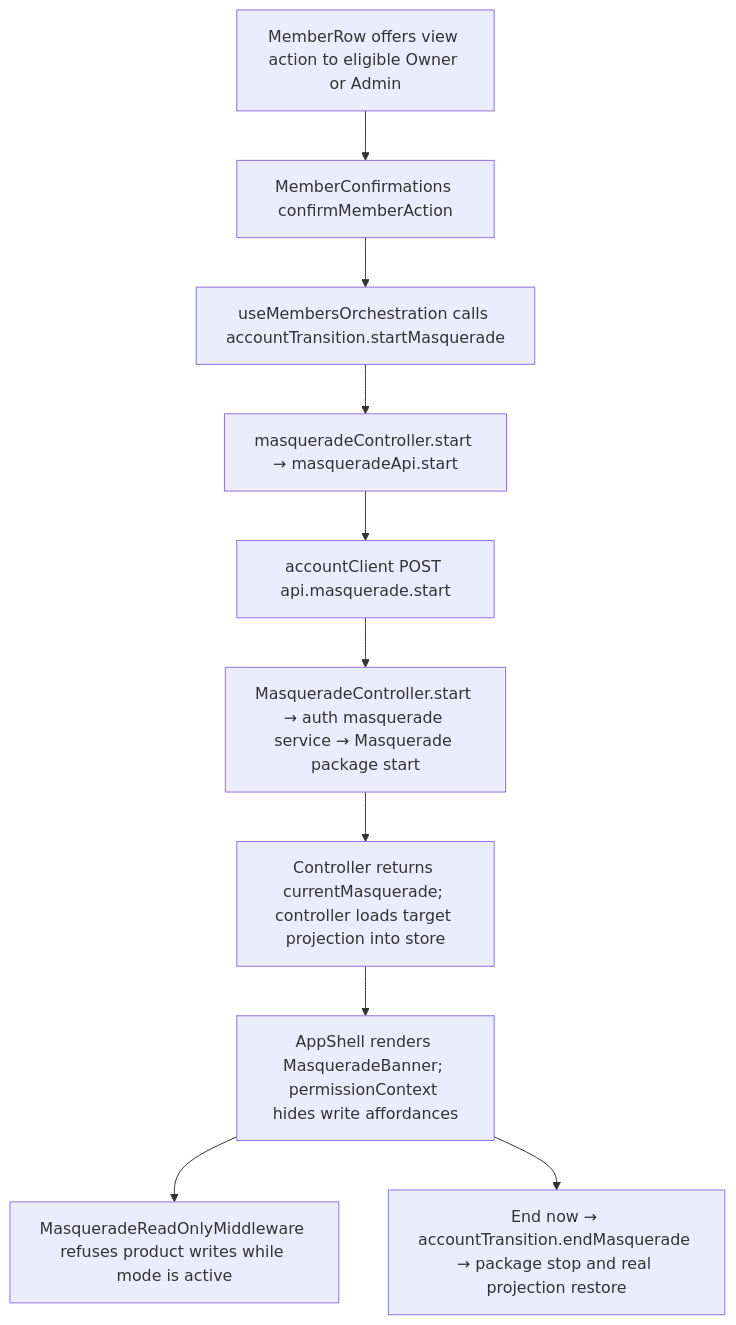
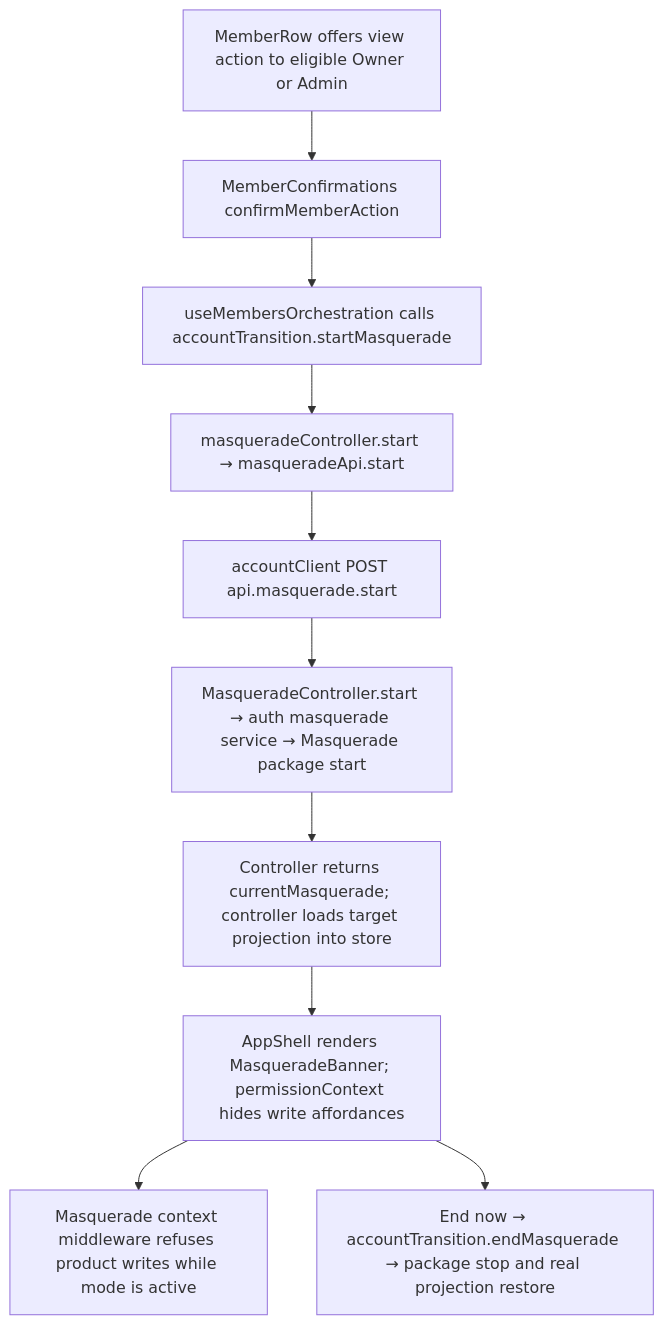
Before and after one commit to Kevinjohn/capacitylens: the second of 2 diagrams in user-stories/team/US-TEAM-08-view-as-member.md, drawn with Mermaid. The commit also changed other lines of this file and 2 other files, not shown here.

Commit message:
Point the view-as story and code standards at the package context middleware

````diff
--- a/user-stories/team/US-TEAM-08-view-as-member.md
+++ b/user-stories/team/US-TEAM-08-view-as-member.md
@@ -32,12 +32,12 @@
 ```mermaid
 flowchart TD
     Row["MemberRow offers view action to eligible Owner or Admin"] --> Confirm["MemberConfirmations confirmMemberAction"]
     Confirm --> Start["useMembersOrchestration calls accountTransition.startMasquerade"]
     Start --> Controller["masqueradeController.start → masqueradeApi.start"]
     Controller --> Request["accountClient POST api.masquerade.start"]
     Request --> Server["MasqueradeController.start → auth masquerade service → Masquerade package start"]
     Server --> Projection["Controller returns currentMasquerade; controller loads target projection into store"]
     Projection --> Banner["AppShell renders MasqueradeBanner; permissionContext hides write affordances"]
-    Banner --> ReadOnly["MasqueradeReadOnlyMiddleware refuses product writes while mode is active"]
+    Banner --> ReadOnly["Masquerade context middleware refuses product writes while mode is active"]
     Banner --> End["End now → accountTransition.endMasquerade → package stop and real projection restore"]
 ```
````
